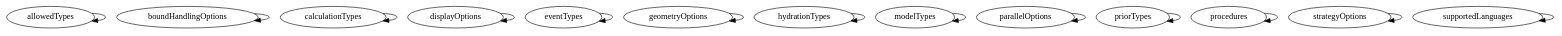
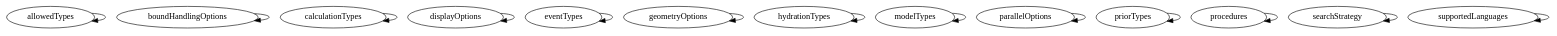
The diagram in master/api_reference/API/enums/graph.dot (RascalSoftware/RAT), drawn with Graphviz before and after one commit. The commit also changed 381 other files, not shown here.

```diff
--- a/master/api_reference/API/enums/graph.dot
+++ b/master/api_reference/API/enums/graph.dot
@@ -1,30 +1,30 @@
 /* Created by mdot for Matlab */
 digraph m2html {
   allowedTypes -> allowedTypes;
   boundHandlingOptions -> boundHandlingOptions;
   calculationTypes -> calculationTypes;
   displayOptions -> displayOptions;
   eventTypes -> eventTypes;
   geometryOptions -> geometryOptions;
   hydrationTypes -> hydrationTypes;
   modelTypes -> modelTypes;
   parallelOptions -> parallelOptions;
   priorTypes -> priorTypes;
   procedures -> procedures;
-  strategyOptions -> strategyOptions;
+  searchStrategy -> searchStrategy;
   supportedLanguages -> supportedLanguages;
 
   allowedTypes [URL="allowedTypes.html"];
   boundHandlingOptions [URL="boundHandlingOptions.html"];
   calculationTypes [URL="calculationTypes.html"];
   displayOptions [URL="displayOptions.html"];
   eventTypes [URL="eventTypes.html"];
   geometryOptions [URL="geometryOptions.html"];
   hydrationTypes [URL="hydrationTypes.html"];
   modelTypes [URL="modelTypes.html"];
   parallelOptions [URL="parallelOptions.html"];
   priorTypes [URL="priorTypes.html"];
   procedures [URL="procedures.html"];
-  strategyOptions [URL="strategyOptions.html"];
+  searchStrategy [URL="searchStrategy.html"];
   supportedLanguages [URL="supportedLanguages.html"];
 }
```
